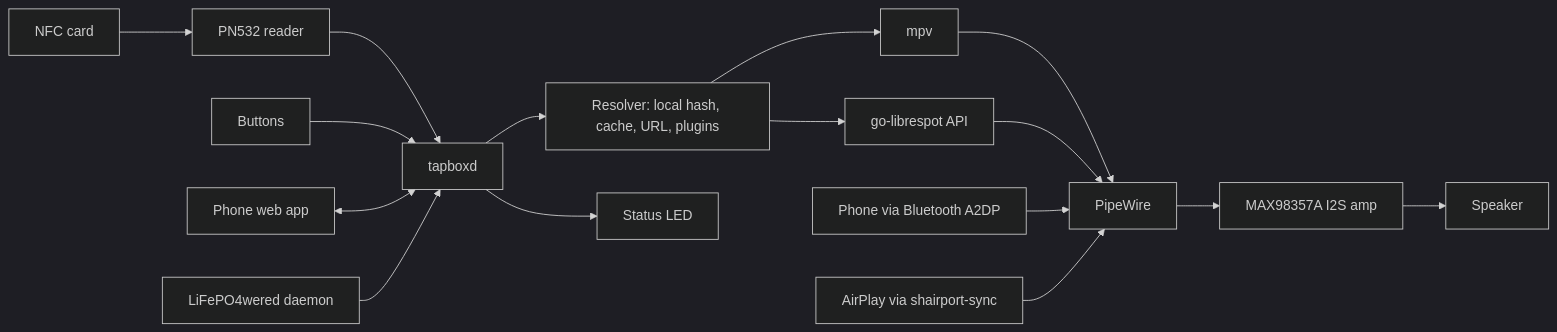
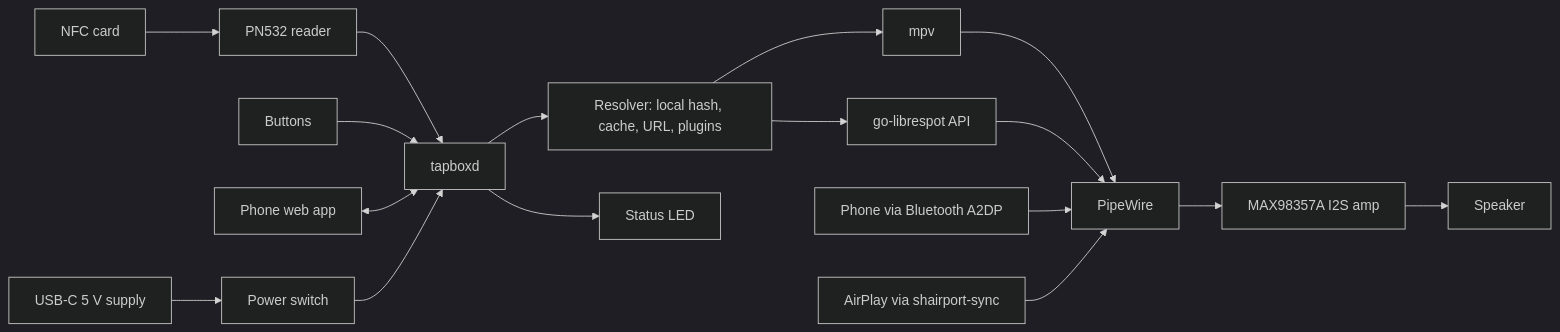
The diagram in docs/architecture.md (MathiasNI/tapbox), drawn with Mermaid (dark theme) before and after one commit. The commit also changed other lines of this file and 20 other files, not shown here.

First line of the commit message:
Remove the battery: mains power over USB-C

````diff
--- a/docs/architecture.md
+++ b/docs/architecture.md
@@ -5,17 +5,17 @@
 ```mermaid
 flowchart LR
   card[NFC card] --> reader[PN532 reader]
   reader --> daemon[tapboxd]
   buttons[Buttons] --> daemon
   web[Phone web app] <--> daemon
-  battery[LiFePO4wered daemon] --> daemon
+  power[USB-C 5 V supply] --> switch[Power switch] --> daemon
   daemon --> resolver[Resolver: local hash, cache, URL, plugins]
   resolver --> player[mpv]
   resolver --> spotify[go-librespot API]
   player --> pw[PipeWire]
   spotify --> pw
   bt[Phone via Bluetooth A2DP] --> pw
   airplay[AirPlay via shairport-sync] --> pw
   pw --> amp[MAX98357A I2S amp] --> speaker[Speaker]
   daemon --> led[Status LED]
 ```
````
